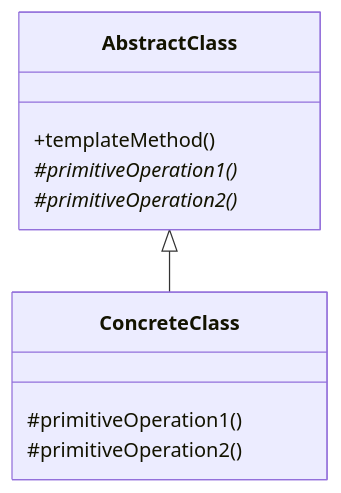
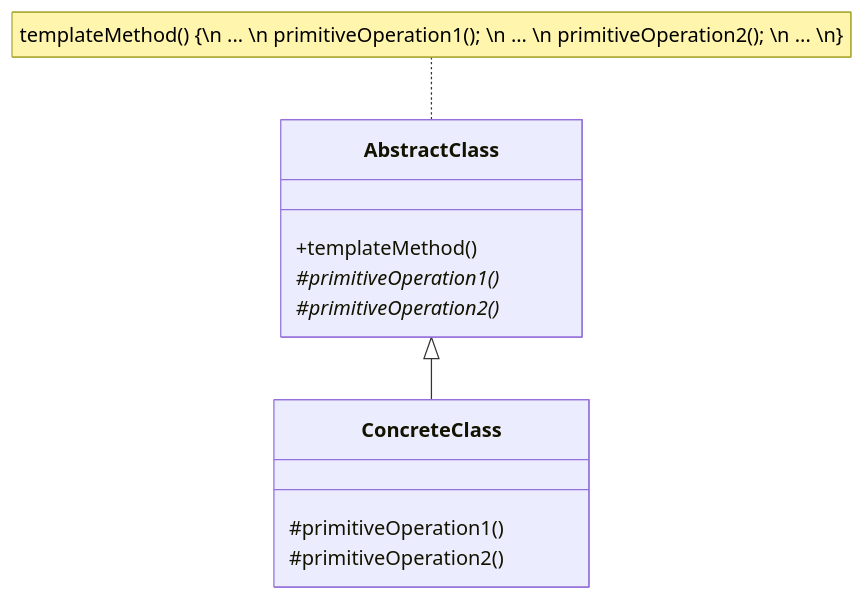
One commit to kumachan1101-pixel/DesignPattern changed the sixth of 6 diagrams in kindle/design-patterns/output/chapter04.md. Above: the diagram before and after it, drawn with Mermaid. The commit also changed other lines of this file and 1 other file, not shown here.

````diff
--- a/kindle/design-patterns/output/chapter04.md
+++ b/kindle/design-patterns/output/chapter04.md
@@ -742,13 +943,15 @@
 ```mermaid
 classDiagram
     class AbstractClass {
         +templateMethod()
         #primitiveOperation1()*
         #primitiveOperation2()*
     }
     class ConcreteClass {
         #primitiveOperation1()
         #primitiveOperation2()
     }
     AbstractClass <|-- ConcreteClass
+    
+    note for AbstractClass "templateMethod() {\n  ... \n  primitiveOperation1(); \n  ... \n  primitiveOperation2(); \n  ... \n}"
 ```
````
